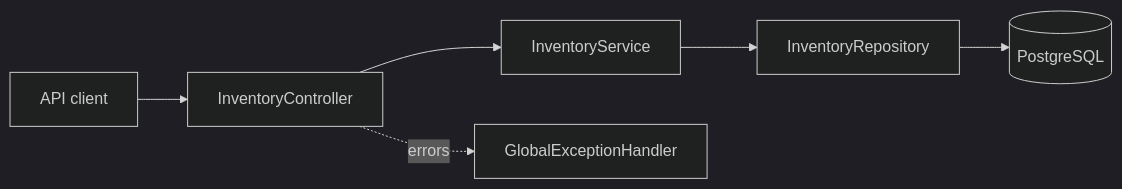
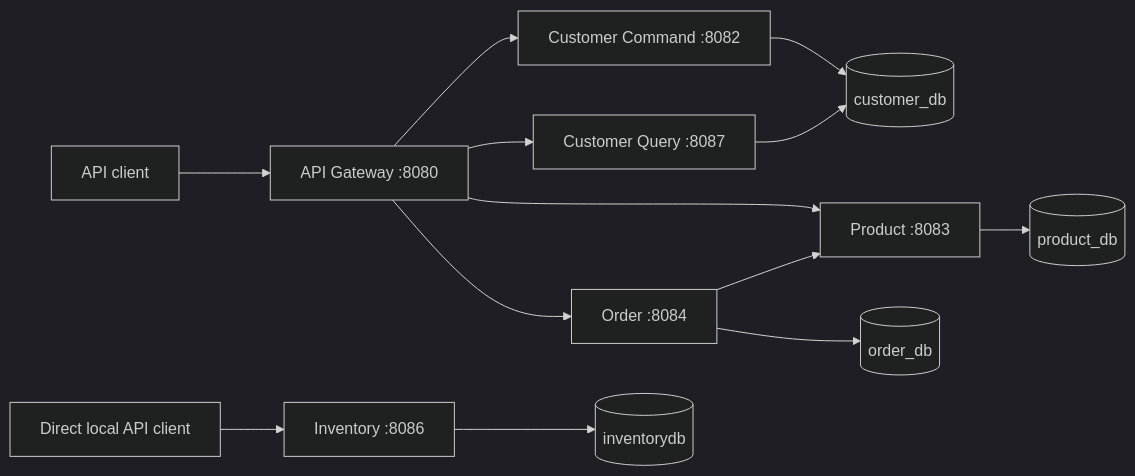
One commit to deepakmehraa01/Food-Delivery-App changed the diagram in README.md. Above: the diagram before and after it, drawn with Mermaid (dark theme). The commit also changed other lines of this file and 164 other files, not shown here.

````diff
--- a/README.md
+++ b/README.md
@@ -20,8 +20,15 @@
 ```mermaid
 flowchart LR
-    Client[API client] --> Controller[InventoryController]
-    Controller --> Service[InventoryService]
-    Service --> Repository[InventoryRepository]
-    Repository --> DB[(PostgreSQL)]
-    Controller -. errors .-> Handler[GlobalExceptionHandler]
+    Client[API client] --> Gateway[API Gateway :8080]
+    Gateway --> Command[Customer Command :8082]
+    Gateway --> Query[Customer Query :8087]
+    Gateway --> Product[Product :8083]
+    Gateway --> Order[Order :8084]
+    Command --> Customers[(customer_db)]
+    Query --> Customers
+    Order --> Product
+    Order --> Orders[(order_db)]
+    Product --> Products[(product_db)]
+    Local[Direct local API client] --> Inventory[Inventory :8086]
+    Inventory --> Stock[(inventorydb)]
 ```
````
